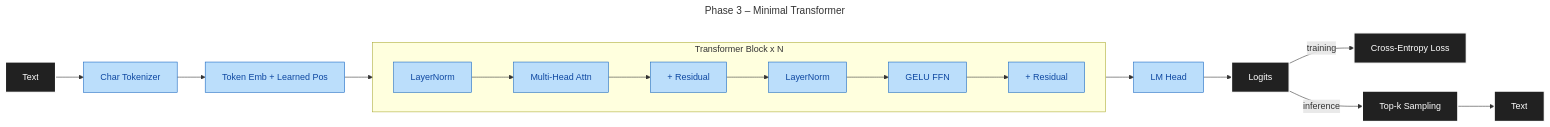
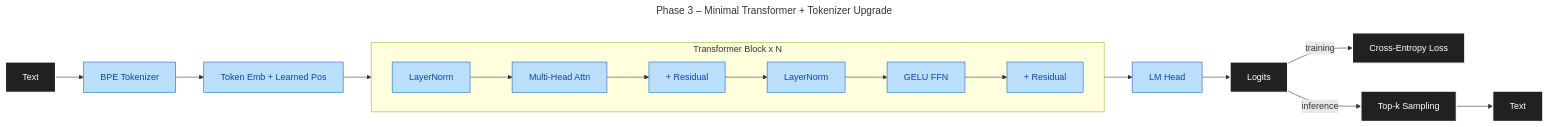
The second of 8 diagrams in docs/DESIGN.md (maxjbarfuss/max_llm), drawn with Mermaid before and after one commit. The commit also changed other lines of this file and 1 other file, not shown here.

First line of the commit message:
Move tokenizer upgrade from Phase 4 to Phase 3

````diff
--- a/docs/DESIGN.md
+++ b/docs/DESIGN.md
@@ -29,16 +29,16 @@
 ```mermaid
 ---
-title: Phase 3 – Minimal Transformer
+title: Phase 3 – Minimal Transformer + Tokenizer Upgrade
 ---
 graph LR
-    A[Text]:::io --> B[Char Tokenizer]:::p3 --> C[Token Emb + Learned Pos]:::p3 --> Block
+    A[Text]:::io --> B[BPE Tokenizer]:::p3 --> C[Token Emb + Learned Pos]:::p3 --> Block
     subgraph Block[Transformer Block x N]
         direction LR
         D[LayerNorm]:::p3 --> E[Multi-Head Attn]:::p3 --> F[+ Residual]:::p3 --> G[LayerNorm]:::p3 --> H[GELU FFN]:::p3 --> I[+ Residual]:::p3
     end
     Block --> J[LM Head]:::p3 --> K[Logits]:::io
     K -->|training| L[Cross-Entropy Loss]:::io
     K -->|inference| M[Top-k Sampling]:::io --> N[Text]:::io
     classDef io fill:#212121,stroke:#FFFFFF,color:#FFFFFF,stroke-width:2px
     classDef p3 fill:#BBDEFB,stroke:#1565C0,color:#0D47A1
 ```
````
